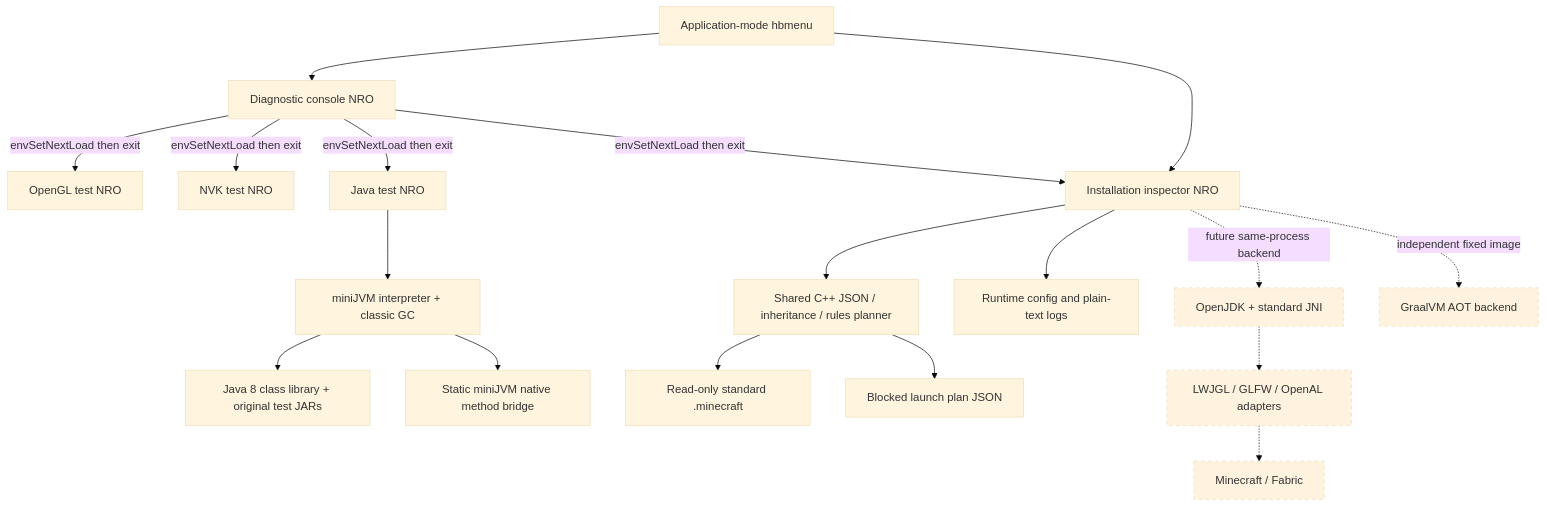
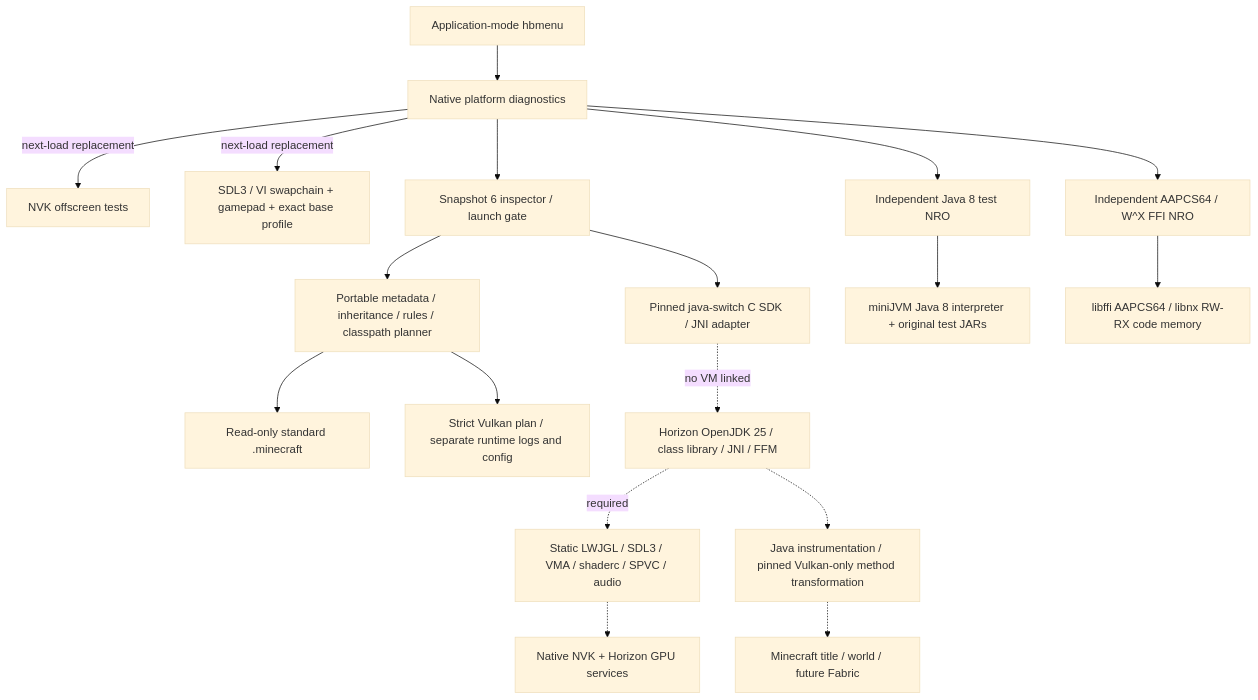
Before and after one commit to a1c7e0/switchcraft: the first of 3 diagrams in docs/ARCHITECTURE.md, drawn with Mermaid (base theme). The commit also changed other lines of this file and 20 other files, not shown here.

Commit message:
docs: publish honest snapshot-6 architecture build hardware plan and delivery packaging

````diff
--- a/docs/ARCHITECTURE.md
+++ b/docs/ARCHITECTURE.md
@@ -10,22 +7,20 @@
 ```mermaid
 flowchart TD
-  HB[Application-mode hbmenu] --> D[Diagnostic console NRO]
-  HB --> L[Installation inspector NRO]
-  D -->|envSetNextLoad then exit| GL[OpenGL test NRO]
-  D -->|envSetNextLoad then exit| VK[NVK test NRO]
-  D -->|envSetNextLoad then exit| J[Java test NRO]
-  D -->|envSetNextLoad then exit| L
-  L --> M[Shared C++ JSON / inheritance / rules planner]
-  M --> MC[Read-only standard .minecraft]
-  M --> P[Blocked launch plan JSON]
-  L --> C[Runtime config and plain-text logs]
-  J --> VM[miniJVM interpreter + classic GC]
-  VM --> RT[Java 8 class library + original test JARs]
-  VM --> N[Static miniJVM native method bridge]
-  L -. future same-process backend .-> O[OpenJDK + standard JNI]
-  O -.-> LW[LWJGL / GLFW / OpenAL adapters]
-  LW -.-> GAME[Minecraft / Fabric]
-  L -. independent fixed image .-> AOT[GraalVM AOT backend]
-  classDef future stroke-dasharray: 5 5,fill:#fff3df
-  class O,LW,GAME,AOT future
+  HB[Application-mode hbmenu] --> D[Native platform diagnostics]
+  D -->|next-load replacement| V[NVK offscreen tests]
+  D -->|next-load replacement| W[SDL3 / VI swapchain + gamepad + exact base profile]
+  D --> L[Snapshot 6 inspector / launch gate]
+  D --> J[Independent Java 8 test NRO]
+  D --> F[Independent AAPCS64 / W^X FFI NRO]
+  L --> M[Portable metadata / inheritance / rules / classpath planner]
+  M --> INSTALL[Read-only standard .minecraft]
+  M --> PLAN[Strict Vulkan plan / separate runtime logs and config]
+  L --> SDK[Pinned java-switch C SDK / JNI adapter]
+  SDK -. no VM linked .-> JVM[Horizon OpenJDK 25 / class library / JNI / FFM]
+  JVM -. required .-> LW[Static LWJGL / SDL3 / VMA / shaderc / SPVC / audio]
+  LW -.-> NVK[Native NVK + Horizon GPU services]
+  JVM -.-> BRIDGE[Java instrumentation / pinned Vulkan-only method transformation]
+  BRIDGE -.-> MC[Minecraft title / world / future Fabric]
+  J --> MINI[miniJVM Java 8 interpreter + original test JARs]
+  F --> FFI[libffi AAPCS64 / libnx RW-RX code memory]
 ```
````
